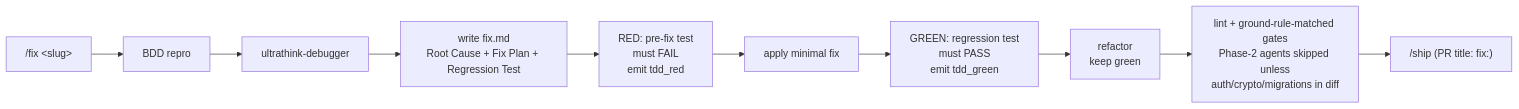
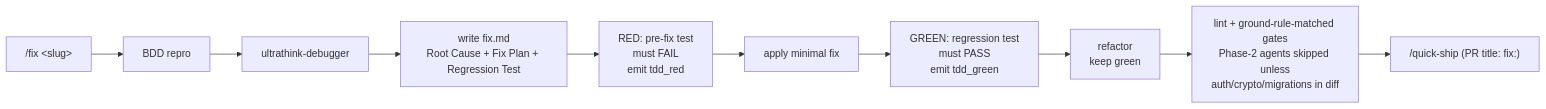
The second of 14 diagrams in docs/workflow-diagram.md (AlarQ/SDD-hub), drawn with Mermaid before and after one commit. The commit also changed other lines of this file and 29 other files, not shown here.

````diff
--- a/docs/workflow-diagram.md
+++ b/docs/workflow-diagram.md
@@ -116,12 +116,12 @@
 ```mermaid
 graph LR
     FIX["/fix &lt;slug&gt;"] --> REPRO[BDD repro]
     REPRO --> UD[ultrathink-debugger]
     UD --> FIXMD[write fix.md<br/>Root Cause + Fix Plan + Regression Test]
     FIXMD --> RED[RED: pre-fix test<br/>must FAIL<br/>emit tdd_red]
     RED --> APPLY[apply minimal fix]
     APPLY --> GREEN[GREEN: regression test<br/>must PASS<br/>emit tdd_green]
     GREEN --> REFACTOR[refactor<br/>keep green]
     REFACTOR --> GATES[lint + ground-rule-matched gates<br/>Phase-2 agents skipped unless<br/>auth/crypto/migrations in diff]
-    GATES --> SH["/ship (PR title: fix:)"]
+    GATES --> SH["/quick-ship (PR title: fix:)"]
 ```
````
